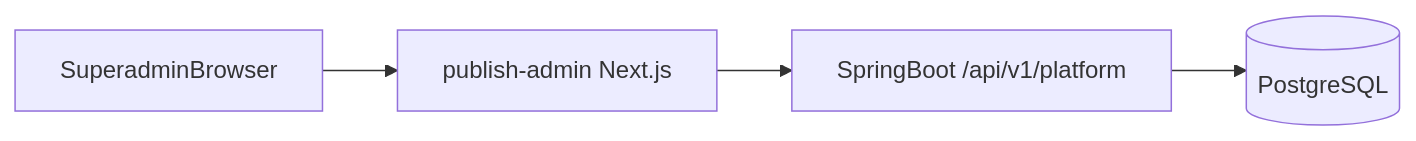
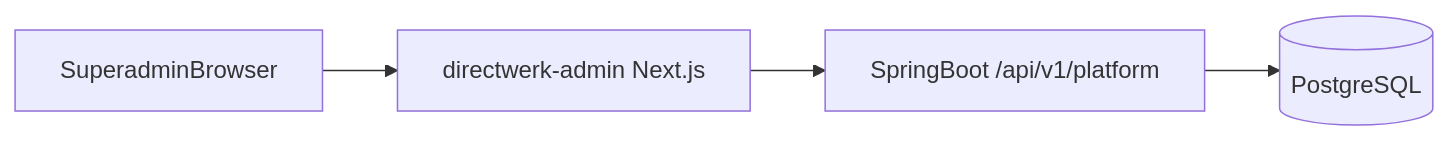
Before and after one commit to LucaNerlich/directwerk: diagram 12 of 13 in README.md, drawn with Mermaid. The commit also changed other lines of this file and 495 other files, not shown here.

Commit message:
rename publish to directwerk

````diff
--- a/README.md
+++ b/README.md
@@ -2365,11 +2365,11 @@
 ```mermaid
 flowchart LR
     Superadmin[SuperadminBrowser]
-    AdminApp[publish-admin Next.js]
+    AdminApp[directwerk-admin Next.js]
     API[SpringBoot /api/v1/platform]
     DB[(PostgreSQL)]
 
     Superadmin --> AdminApp
     AdminApp --> API
     API --> DB
 ```
````
